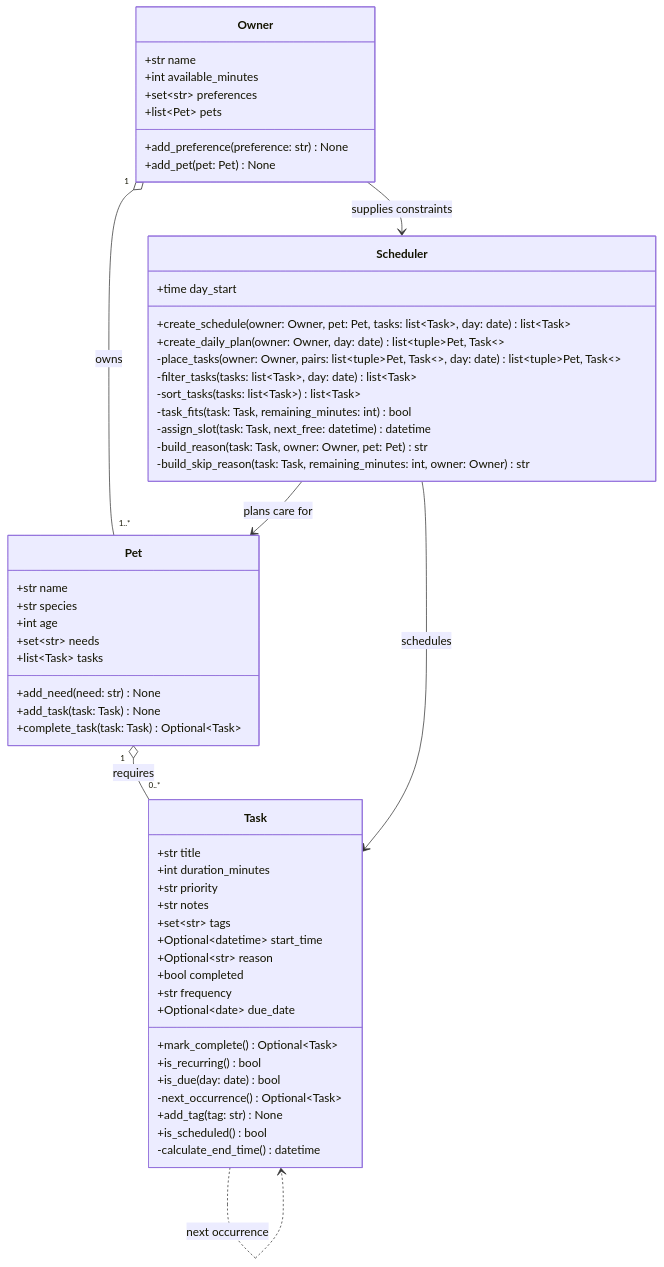
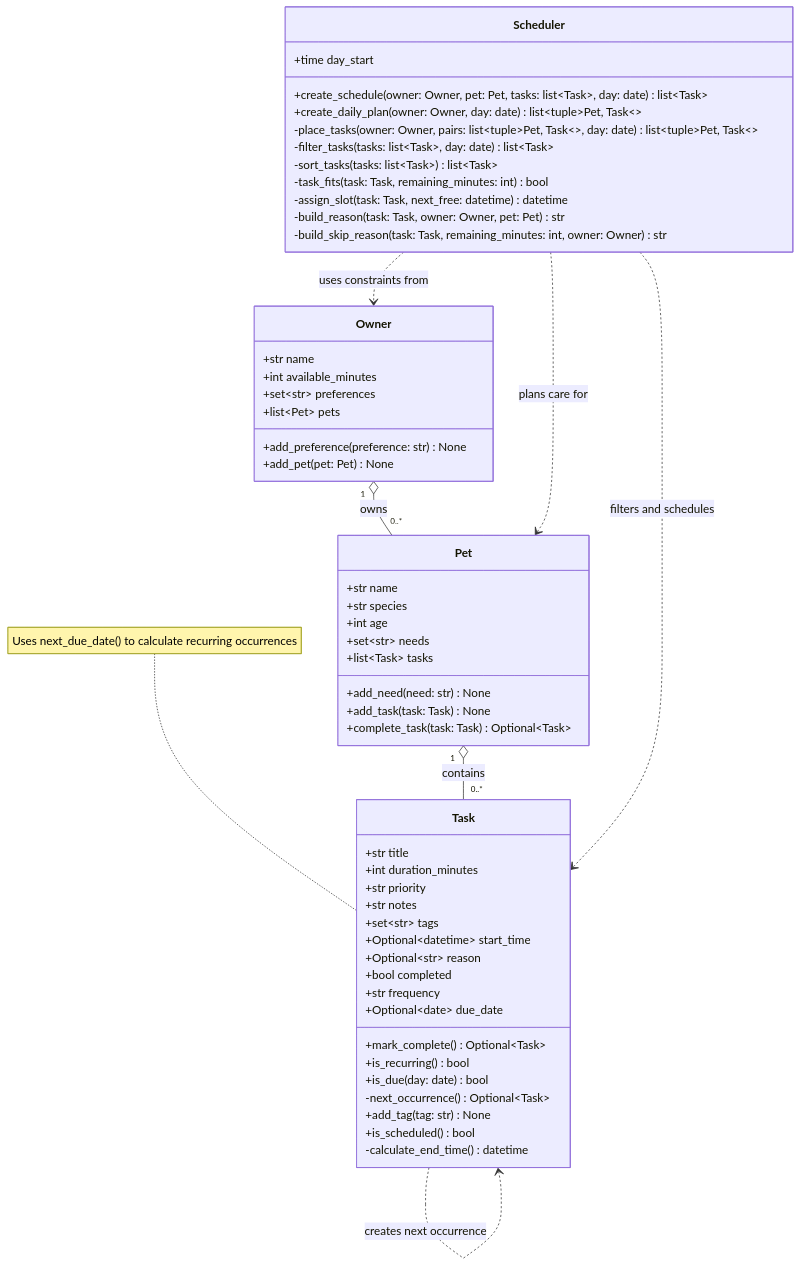
Before and after one commit to johnj-0316/ai110-module2show-pawpal-starter: the diagram in diagrams/uml.mmd, drawn with Mermaid. The commit also changed 3 other files, not shown here.

Commit message:
updated diagram, app, readme, and reflection

```diff
--- a/diagrams/uml.mmd
+++ b/diagrams/uml.mmd
@@ -1,60 +1,62 @@
 classDiagram
     class Owner {
         +str name
         +int available_minutes
         +set~str~ preferences
         +list~Pet~ pets
         +add_preference(preference: str) None
         +add_pet(pet: Pet) None
     }
 
     class Pet {
         +str name
         +str species
         +int age
         +set~str~ needs
         +list~Task~ tasks
         +add_need(need: str) None
         +add_task(task: Task) None
         +complete_task(task: Task) Optional~Task~
     }
 
     class Task {
         +str title
         +int duration_minutes
         +str priority
         +str notes
         +set~str~ tags
         +Optional~datetime~ start_time
         +Optional~str~ reason
         +bool completed
         +str frequency
         +Optional~date~ due_date
         +mark_complete() Optional~Task~
         +is_recurring() bool
         +is_due(day: date) bool
         -next_occurrence() Optional~Task~
         +add_tag(tag: str) None
         +is_scheduled() bool
         -calculate_end_time() datetime
     }
 
     class Scheduler {
         +time day_start
         +create_schedule(owner: Owner, pet: Pet, tasks: list~Task~, day: date) list~Task~
         +create_daily_plan(owner: Owner, day: date) list~tuple~Pet, Task~~
         -place_tasks(owner: Owner, pairs: list~tuple~Pet, Task~~, day: date) list~tuple~Pet, Task~~
         -filter_tasks(tasks: list~Task~, day: date) list~Task~
         -sort_tasks(tasks: list~Task~) list~Task~
         -task_fits(task: Task, remaining_minutes: int) bool
         -assign_slot(task: Task, next_free: datetime) datetime
         -build_reason(task: Task, owner: Owner, pet: Pet) str
         -build_skip_reason(task: Task, remaining_minutes: int, owner: Owner) str
     }
 
-    Owner "1" o-- "1..*" Pet : owns
-    Pet "1" o-- "0..*" Task : requires
-    Owner --> Scheduler : supplies constraints
-    Scheduler --> Pet : plans care for
-    Scheduler --> Task : schedules
-    Task ..> Task : next occurrence
+    Owner "1" o-- "0..*" Pet : owns
+    Pet "1" o-- "0..*" Task : contains
+    Scheduler ..> Owner : uses constraints from
+    Scheduler ..> Pet : plans care for
+    Scheduler ..> Task : filters and schedules
+    Task ..> Task : creates next occurrence
+
+    note for Task "Uses next_due_date() to calculate recurring occurrences"
```
